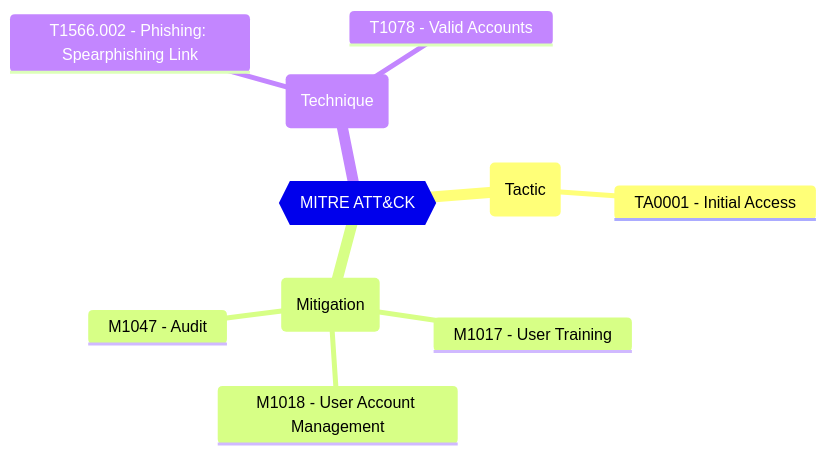
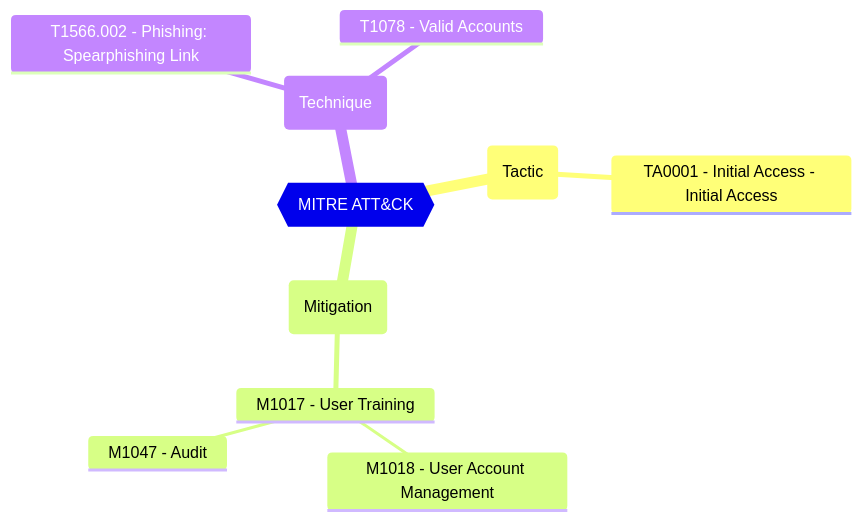
The diagram in docs/docs/tests/AADSC/AADSC.settings.BlockUserConsentForRiskyApps.md (maester365/maester), drawn with Mermaid before and after one commit. The commit also changed other lines of this file and 95 other files, not shown here.

````diff
--- a/docs/docs/tests/AADSC/AADSC.settings.BlockUserConsentForRiskyApps.md
+++ b/docs/docs/tests/AADSC/AADSC.settings.BlockUserConsentForRiskyApps.md
@@ -19,13 +31,13 @@
 ```mermaid
 mindmap
   root{{MITRE ATT&CK}}
     (Tactic)
-      TA0001 - Initial Access
+      TA0001 - Initial Access - Initial Access
     (Mitigation)
       M1017 - User Training
-      M1018 - User Account Management
-      M1047 - Audit
+       M1018 - User Account Management
+       M1047 - Audit
     (Technique)
       T1566.002 - Phishing: Spearphishing Link
       T1078 - Valid Accounts
 ```
````
